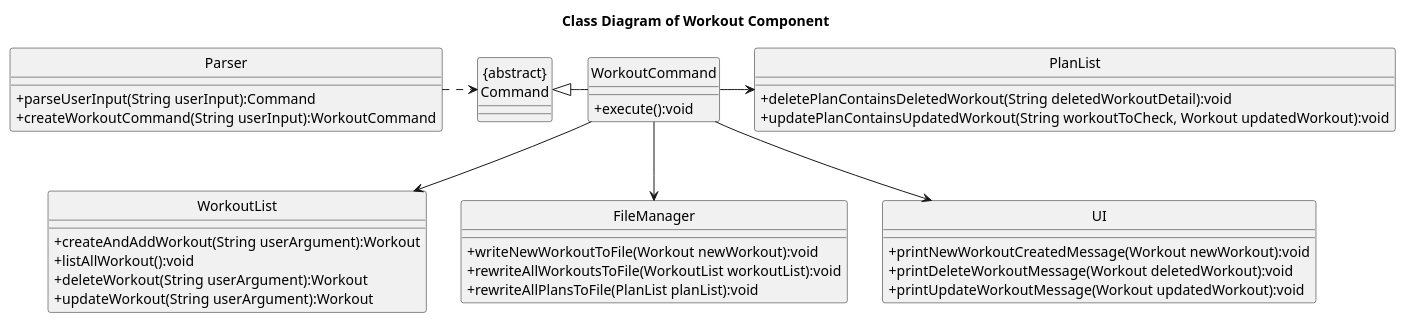
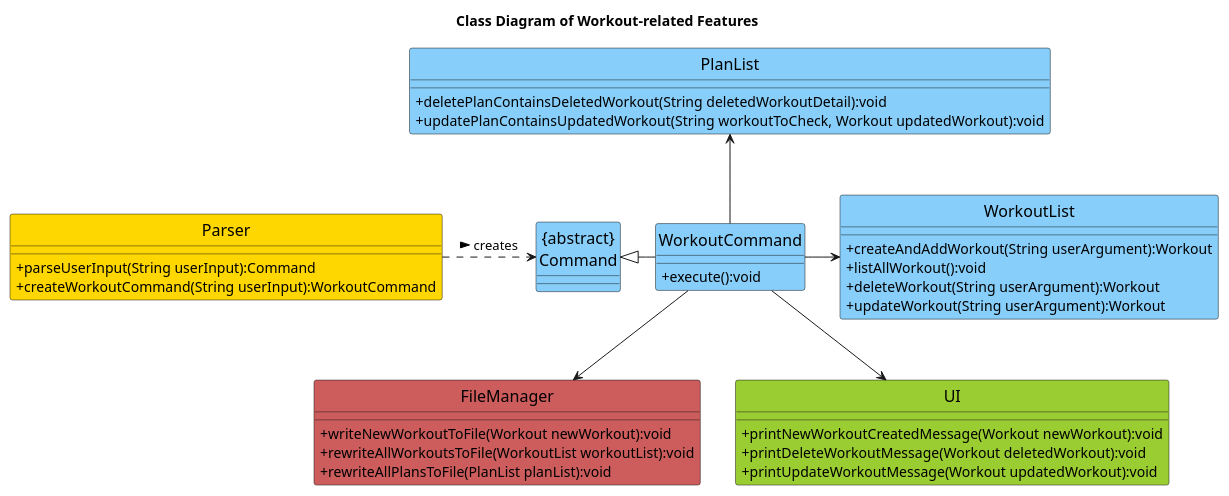
The diagram in docs/uml/classDiagrams/workoutRelatedFeatures.puml (nus-cs2113-AY2122S2/tp), drawn with PlantUML before and after one commit. The commit also changed 2 other files, not shown here.

Commit message:
Add colours to workout-related features design

```diff
--- a/docs/uml/classDiagrams/workoutRelatedFeatures.puml
+++ b/docs/uml/classDiagrams/workoutRelatedFeatures.puml
@@ -1,52 +1,53 @@
 @startuml
 'https://plantuml.com/class-diagram
 hide circle
 
 skinparam classAttributeIconSize 0
-title Class Diagram of Workout Component
+skinparam classFontSize 16
+title Class Diagram of Workout-related Features
 
-Parser .r.> "{abstract}\nCommand"
+Parser .r.> "{abstract}\nCommand":creates >
 "{abstract}\nCommand" <|- WorkoutCommand
-WorkoutCommand --> WorkoutList
+WorkoutCommand -r-> WorkoutList
 WorkoutCommand --> FileManager
 WorkoutCommand --> UI
-WorkoutCommand -r-> PlanList
+WorkoutCommand -u-> PlanList
 
-class PlanList {
+class PlanList #LightSkyBlue {
 + deletePlanContainsDeletedWorkout(String deletedWorkoutDetail):void
 + updatePlanContainsUpdatedWorkout(String workoutToCheck, Workout updatedWorkout):void
 }
 
-class FileManager {
+class FileManager #IndianRed {
 + writeNewWorkoutToFile(Workout newWorkout):void
 + rewriteAllWorkoutsToFile(WorkoutList workoutList):void
 + rewriteAllPlansToFile(PlanList planList):void
 }
 
-class "{abstract}\nCommand" {
+class "{abstract}\nCommand" #LightSkyBlue {
 }
 
-class WorkoutCommand {
+class WorkoutCommand #LightSkyBlue {
 + execute():void
 }
 
-class WorkoutList {
+class WorkoutList #LightSkyBlue {
 + createAndAddWorkout(String userArgument):Workout
 + listAllWorkout():void
 + deleteWorkout(String userArgument):Workout
 + updateWorkout(String userArgument):Workout
 }
 
-class UI {
+class UI #YellowGreen{
 + printNewWorkoutCreatedMessage(Workout newWorkout):void
 + printDeleteWorkoutMessage(Workout deletedWorkout):void
 + printUpdateWorkoutMessage(Workout updatedWorkout):void
 }
 
-class Parser {
+class Parser #Gold {
 + parseUserInput(String userInput):Command
 + createWorkoutCommand(String userInput):WorkoutCommand
 }
 
 
 @enduml
```
